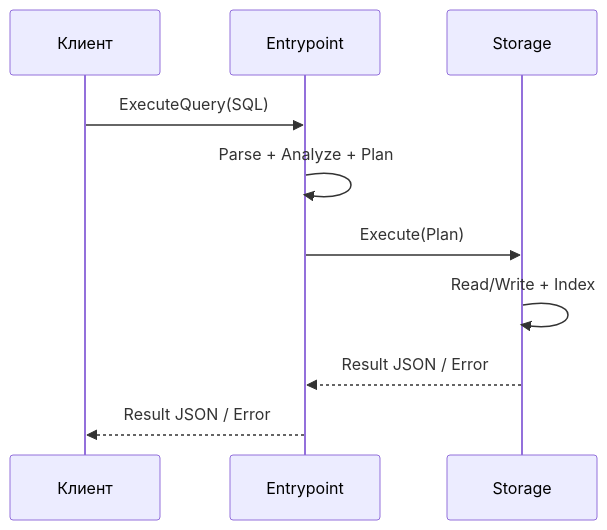
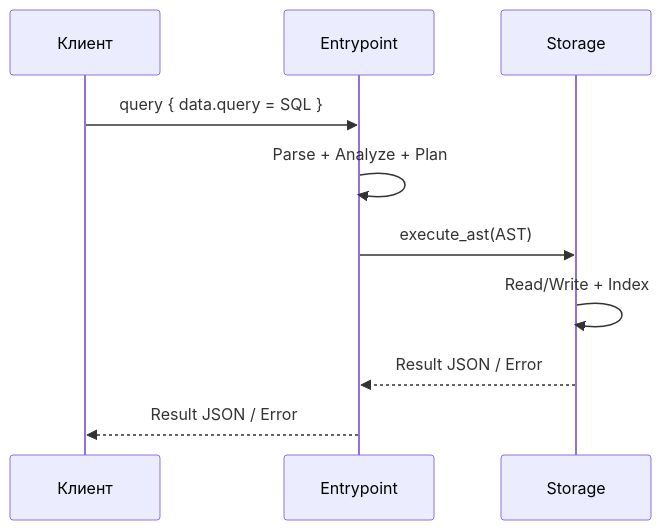
The second of 5 diagrams in docs/ARCHITECTURE.md (EldarSalmanow/QuasarDB), drawn with Mermaid before and after one commit. The commit also changed other lines of this file and 36 other files, not shown here.

````diff
--- a/docs/ARCHITECTURE.md
+++ b/docs/ARCHITECTURE.md
@@ -47,13 +47,13 @@
 ```mermaid
 sequenceDiagram
     participant C as Клиент
     participant E as Entrypoint
     participant S as Storage
 
-    C->>E: ExecuteQuery(SQL)
+    C->>E: query { data.query = SQL }
     E->>E: Parse + Analyze + Plan
-    E->>S: Execute(Plan)
+    E->>S: execute_ast(AST)
     S->>S: Read/Write + Index
     S-->>E: Result JSON / Error
     E-->>C: Result JSON / Error
 ```
````
